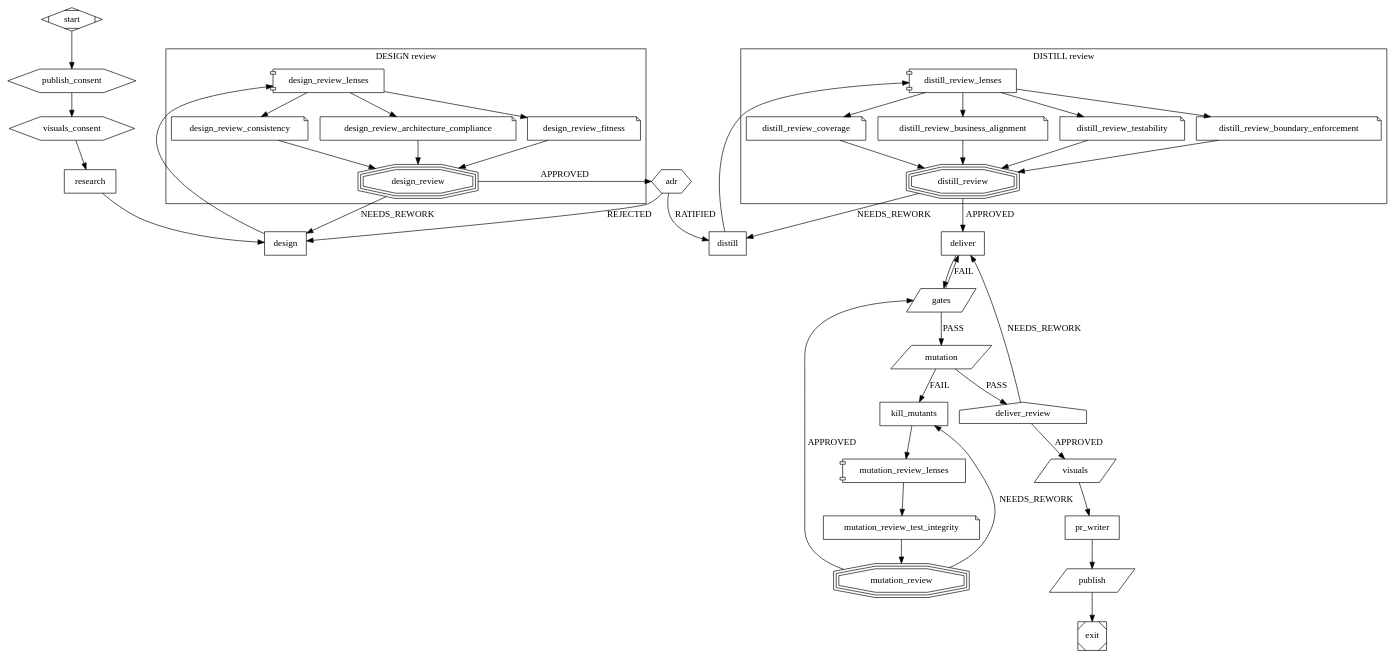
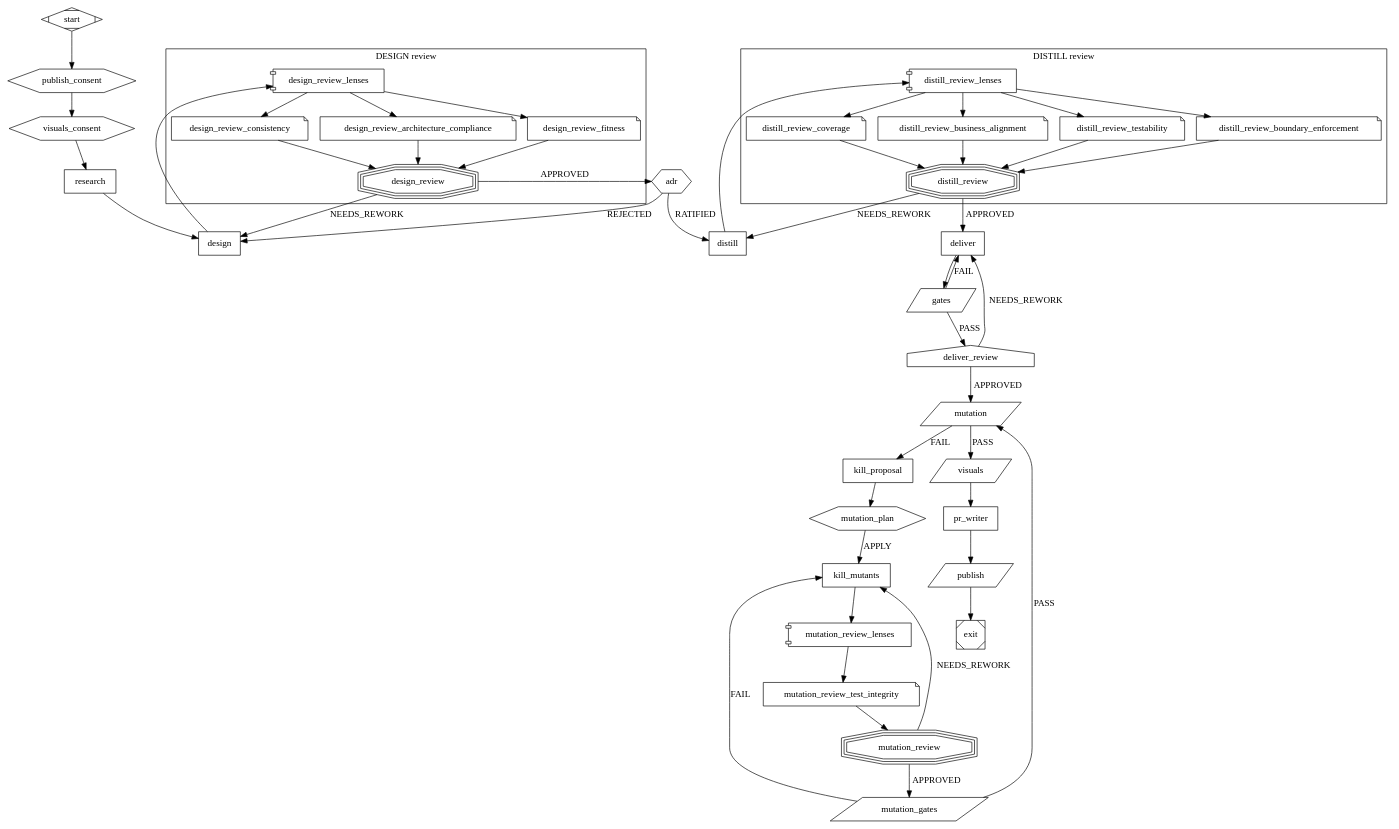
Before and after one commit to SebastienDegodez/skraft-plugin: the diagram in plugins/skraft-framework/workflows/pipeline.skraft.dot, drawn with Graphviz. The commit also changed 36 other files, not shown here.

First line of the commit message:
feat(engine): mutation runs last, once, and the developer chooses how to treat its survivors

```diff
--- a/plugins/skraft-framework/workflows/pipeline.skraft.dot
+++ b/plugins/skraft-framework/workflows/pipeline.skraft.dot
@@ -1,82 +1,92 @@
 // The skraft pipeline. Copy it into .skraft/pipeline.skraft.dot with `skraft workflow eject`, then add
 // agents, lenses, gates or questions; `skraft workflow check` validates it, `skraft workflow diff`
 // compares it with this one. A node marked locked=true can only be dropped with unlock="<reason>"; a node marked
 // mandatory=true can never be dropped, bypassed or weakened, whatever the copy says.
 // A review fans out (shape=component) to one lens node per branch (shape=note, lens="<name>", run as the agent `<name>-lens`) and closes in a fan-in (shape=tripleoctagon) that refutes the findings, computes the verdict and carries the APPROVED and NEEDS_REWORK edges. A lens with when="mock" or when="contract" runs only when the changes touch mocks or contracts; one without when always runs. skraft-config.json's `assign` chooses each agent's model family, `models` what a family runs on per host; model= on an agent, a lens or a fan-in (for its lenses that name none) and refuter= on a fan-in name a family too, under `assign.agents`.
 // The DESIGN and DISTILL reviews sit in subgraph clusters, which only group them in a drawing.
 // A house calls another workflow by its base name (workflow="<name>": .skraft/<name>.skraft.dot, else the plugin's) and leaves
 // by the verdict it returns: deliver_review runs review, the review a pull request gets too. The called workflow declares its inputs
 // (input_<name>="required" or "optional"); the call binds each one by name to what the run holds (base, head, story,
 // documents, components), with_<name>="<value>" binding it to another. A called workflow calls no other.
-// A hexagon asks a human: the run waits until `skraft decide` answers.
+// A hexagon asks a human: the run waits until `skraft decide` answers. mutation-plan takes APPLY, an instruction of the developer's own, or STOP, which ends the run.
 // A parallelogram with publish="pull-request" pushes the branch and opens or updates its pull request, with the consent publish-consent asked.
 // A parallelogram with publish="playwright-visuals" runs each front end's e2e command and commits the screenshots its manifest lists, with the consent reporting-consent asked; when="frontend" skips it without a front end.
-// each="survivor-file" runs an agent once per file holding mutants the mutation gate left alive.
+// each="survivor-file" runs an agent once per file holding mutants the mutation gate left alive, when the gate's FAIL edge leads to it; reached by another edge, it runs once, with what that edge brings.
+// proposal=true on such an agent has it write a proposal per file, in a file the engine creates, and change no code.
+// Mutation runs last, on the code the DELIVER review approved; its survivors go to a proposal, the developer chooses (mutation_plan), then kill_mutants applies the choice.
+// mutation_gates runs the gates of gates again after kill_mutants: a gate node that runs every gate of a locked one stands in for it.
 digraph skraft {
   graph [version="2", goal="Deliver the story"]
 
   start    [shape=Mdiamond]
   publish_consent [shape=hexagon, question="publish-consent", phase="RESEARCH"]
   visuals_consent [shape=hexagon, question="reporting-consent"]
   research [shape=box, agent="solution-researcher", phase="RESEARCH"]
   design   [shape=box, agent="solution-architect", phase="DESIGN"]
   subgraph cluster_design_review {
     label="DESIGN review"
     design_review_lenses [shape=component]
     design_review_consistency [shape=note, lens="consistency"]
     design_review_architecture_compliance [shape=note, lens="architecture-compliance"]
     design_review_fitness [shape=note, lens="fitness"]
     design_review [shape=tripleoctagon, mandatory=true]
   }
   adr      [shape=hexagon, question="adr-ratification"]
   distill  [shape=box, agent="acceptance-designer", phase="DISTILL"]
   subgraph cluster_distill_review {
     label="DISTILL review"
     distill_review_lenses [shape=component]
     distill_review_coverage [shape=note, lens="coverage"]
     distill_review_business_alignment [shape=note, lens="business-alignment"]
     distill_review_testability [shape=note, lens="testability"]
     distill_review_boundary_enforcement [shape=note, lens="boundary-enforcement"]
     distill_review [shape=tripleoctagon, mandatory=true]
   }
   deliver  [shape=box, agent="software-engineer", phase="DELIVER"]
   gates    [shape=parallelogram, gate="build,format,lint,test,architecture,coverage", goal_gate=true, locked=true, phase="DELIVER"]
+  deliver_review [shape=house, workflow="review", mandatory=true]
   mutation [shape=parallelogram, gate="mutation", goal_gate=true, locked=true]
+  kill_proposal [shape=box, agent="software-engineer", each="survivor-file", proposal=true]
+  mutation_plan [shape=hexagon, question="mutation-plan"]
   kill_mutants [shape=box, agent="software-engineer", each="survivor-file"]
   mutation_review_lenses [shape=component]
   mutation_review_test_integrity [shape=note, lens="test-integrity"]
   mutation_review [shape=tripleoctagon, mandatory=true]
-  deliver_review [shape=house, workflow="review", mandatory=true]
+  mutation_gates [shape=parallelogram, gate="build,format,lint,test,architecture,coverage", goal_gate=true]
   visuals  [shape=parallelogram, publish="playwright-visuals", when="frontend"]
   pr_writer [shape=box, agent="pr-writer", phase="PUBLISH"]
   publish  [shape=parallelogram, publish="pull-request"]
   exit     [shape=Msquare]
 
   start -> publish_consent -> visuals_consent -> research -> design -> design_review_lenses
   design_review_lenses -> design_review_consistency -> design_review
   design_review_lenses -> design_review_architecture_compliance -> design_review
   design_review_lenses -> design_review_fitness -> design_review
   design_review -> design  [label="NEEDS_REWORK", max_visits=3]
   design_review -> adr     [label="APPROVED"]
   adr -> distill   [label="RATIFIED"]
   adr -> design    [label="REJECTED", max_visits=3]
   distill -> distill_review_lenses
   distill_review_lenses -> distill_review_coverage -> distill_review
   distill_review_lenses -> distill_review_business_alignment -> distill_review
   distill_review_lenses -> distill_review_testability -> distill_review
   distill_review_lenses -> distill_review_boundary_enforcement -> distill_review
   distill_review -> distill [label="NEEDS_REWORK", max_visits=3]
   distill_review -> deliver [label="APPROVED"]
   deliver -> gates
   gates -> deliver [label="FAIL", max_visits=3]
-  gates -> mutation [label="PASS"]
-  mutation -> kill_mutants [label="FAIL", max_visits=5]
+  gates -> deliver_review [label="PASS"]
+  deliver_review -> deliver [label="NEEDS_REWORK", max_visits=3]
+  deliver_review -> mutation [label="APPROVED"]
+  mutation -> visuals [label="PASS"]
+  mutation -> kill_proposal [label="FAIL", max_visits=5]
+  kill_proposal -> mutation_plan
+  mutation_plan -> kill_mutants [label="APPLY"]
   kill_mutants -> mutation_review_lenses
   mutation_review_lenses -> mutation_review_test_integrity -> mutation_review
   mutation_review -> kill_mutants [label="NEEDS_REWORK", max_visits=3]
-  mutation_review -> gates [label="APPROVED"]
-  mutation -> deliver_review [label="PASS"]
-  deliver_review -> deliver [label="NEEDS_REWORK", max_visits=3]
-  deliver_review -> visuals [label="APPROVED"]
+  mutation_review -> mutation_gates [label="APPROVED"]
+  mutation_gates -> kill_mutants [label="FAIL", max_visits=3]
+  mutation_gates -> mutation [label="PASS"]
   visuals -> pr_writer -> publish -> exit
 }
```
